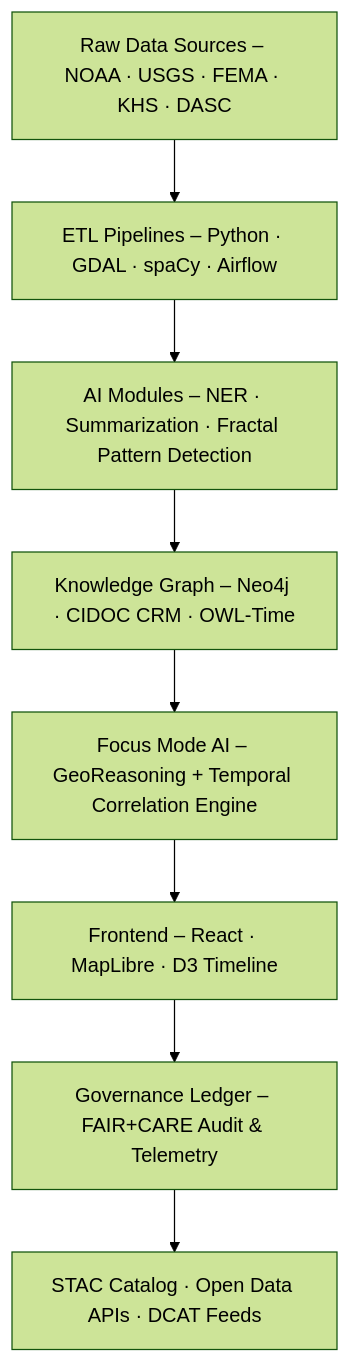
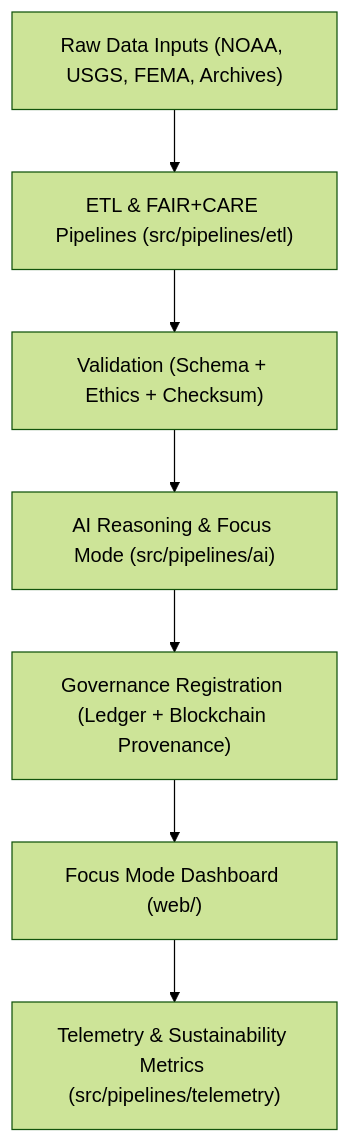
Before and after one commit to bartytime4life/Kansas-Frontier-Matrix: the diagram in README.md, drawn with Mermaid (forest theme). The commit also changed other lines of this file, not shown here.

````diff
--- a/README.md
+++ b/README.md
@@ -69,10 +71,9 @@
 ```mermaid
 flowchart TD
-A["Raw Data Sources – NOAA · USGS · FEMA · KHS · DASC"] --> B["ETL Pipelines – Python · GDAL · spaCy · Airflow"]
-B --> C["AI Modules – NER · Summarization · Fractal Pattern Detection"]
-C --> D["Knowledge Graph – Neo4j · CIDOC CRM · OWL-Time"]
-D --> E["Focus Mode AI – GeoReasoning + Temporal Correlation Engine"]
-E --> F["Frontend – React · MapLibre · D3 Timeline"]
-F --> G["Governance Ledger – FAIR+CARE Audit & Telemetry"]
-G --> H["STAC Catalog · Open Data APIs · DCAT Feeds"]
+    A["Raw Data Inputs (NOAA, USGS, FEMA, Archives)"] --> B["ETL & FAIR+CARE Pipelines (src/pipelines/etl)"]
+    B --> C["Validation (Schema + Ethics + Checksum)"]
+    C --> D["AI Reasoning & Focus Mode (src/pipelines/ai)"]
+    D --> E["Governance Registration (Ledger + Blockchain Provenance)"]
+    E --> F["Focus Mode Dashboard (web/)"]
+    F --> G["Telemetry & Sustainability Metrics (src/pipelines/telemetry)"]
 ```
````
